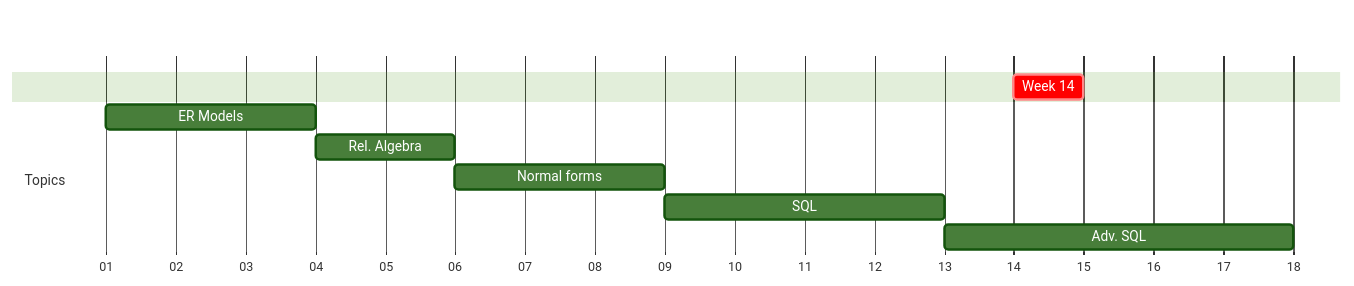
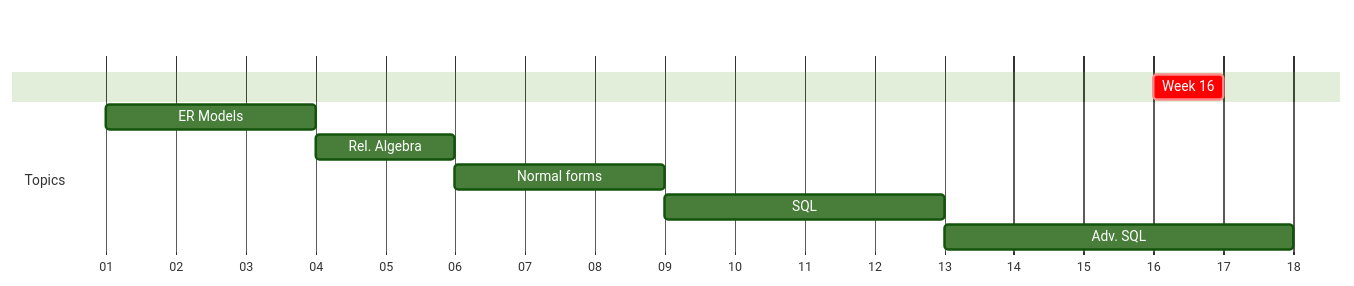
The diagram in fa2024/lectures/week-mermaid.mmd (lowkeylabs/cmsc408-course-admin), drawn with Mermaid (forest theme) before and after one commit. The commit also changed 55 other files, not shown here.

```diff
--- a/fa2024/lectures/week-mermaid.mmd
+++ b/fa2024/lectures/week-mermaid.mmd
@@ -1,14 +1,14 @@
 
 gantt
     dateFormat  M/DD/YYYY
     axisFormat  %W
 
     section    
-    Week 14 : crit, weekblock, 4/7/2024, 1w
+    Week 16 : crit, weekblock, 4/21/2024, 1w
 
     section Topics
     ER Models : m1, 1/7/2024, 3w
     Rel. Algebra: m4, after m1, 2w
     Normal forms: m5, after m4, 3w
     SQL : m6, after m5, 4w
     Adv. SQL: m7, after m6, 5w
```
